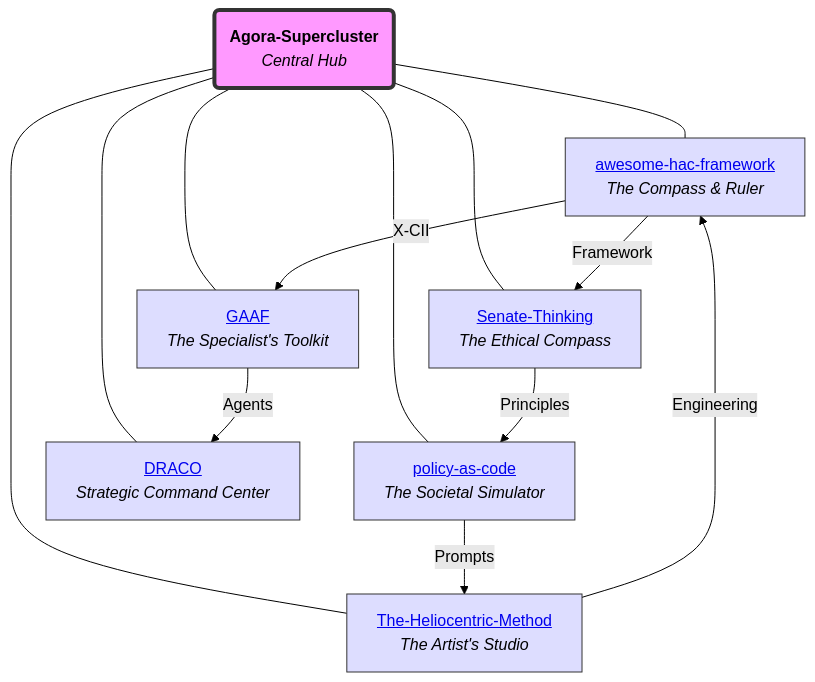
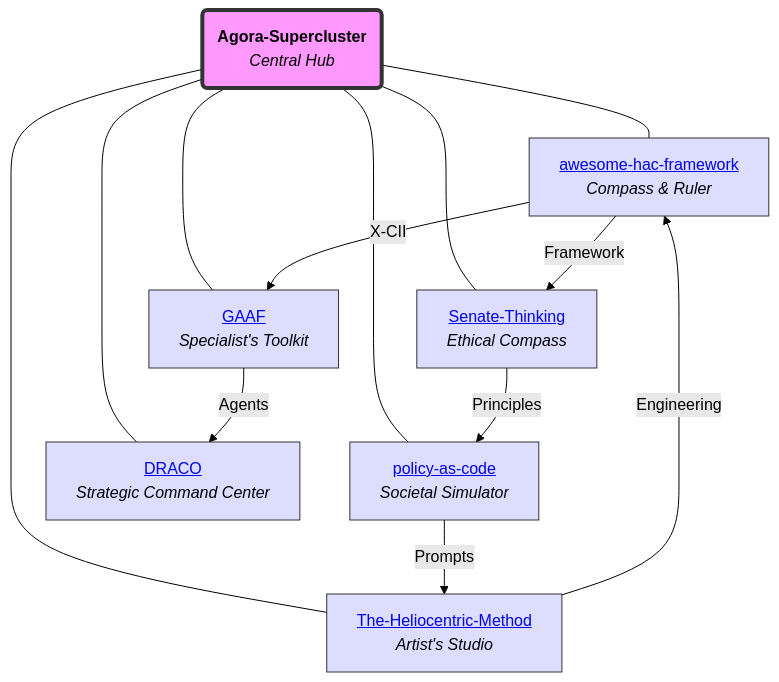
Before and after one commit to torisan-unya/Agora-Supercluster: the diagram in README.md, drawn with Mermaid (forest theme). The commit also changed other lines of this file, not shown here.

````diff
--- a/README.md
+++ b/README.md
@@ -19,22 +19,22 @@
 ```mermaid
 graph TD
     A("<b>Agora-Supercluster</b><br><i>Central Hub</i>")
-    B["<a href='https://github.com/torisan-unya/awesome-hac-framework'>awesome-hac-framework</a><br><i>The Compass & Ruler</i>"]
-    C["<a href='https://github.com/torisan-unya/Senate-Thinking'>Senate-Thinking</a><br><i>The Ethical Compass</i>"]
-    D["<a href='https://github.com/torisan-unya/The-Heliocentric-Method'>The-Heliocentric-Method</a><br><i>The Artist's Studio</i>"]
-    E["<a href='https://github.com/torisan-unya/GAAF'>GAAF</a><br><i>The Specialist's Toolkit</i>"]
-    F["<a href='https://github.com/torisan-unya/policy-as-code'>policy-as-code</a><br><i>The Societal Simulator</i>"]
+    B["<a href='https://github.com/torisan-unya/awesome-hac-framework'>awesome-hac-framework</a><br><i>Compass & Ruler</i>"]
+    C["<a href='https://github.com/torisan-unya/Senate-Thinking'>Senate-Thinking</a><br><i>Ethical Compass</i>"]
+    D["<a href='https://github.com/torisan-unya/The-Heliocentric-Method'>The-Heliocentric-Method</a><br><i>Artist's Studio</i>"]
+    E["<a href='https://github.com/torisan-unya/GAAF'>GAAF</a><br><i>Specialist's Toolkit</i>"]
+    F["<a href='https://github.com/torisan-unya/policy-as-code'>policy-as-code</a><br><i>Societal Simulator</i>"]
     H["<a href='https://github.com/torisan-unya/DRACO'>DRACO</a><br><i>Strategic Command Center</i>"]
     A --- B & C & D & E & F & H
     B -- X-CII --> E
     B -- Framework --> C
     F -- Prompts --> D
     C -- Principles --> F
     D -- Engineering --> B
     E -- Agents --> H
     classDef hub fill:#f9f,stroke:#333,stroke-width:4px;
     class A hub;
     classDef core fill:#ddf,stroke:#333;
     class B,C,D,E,F,H core;
 
 ```
````
